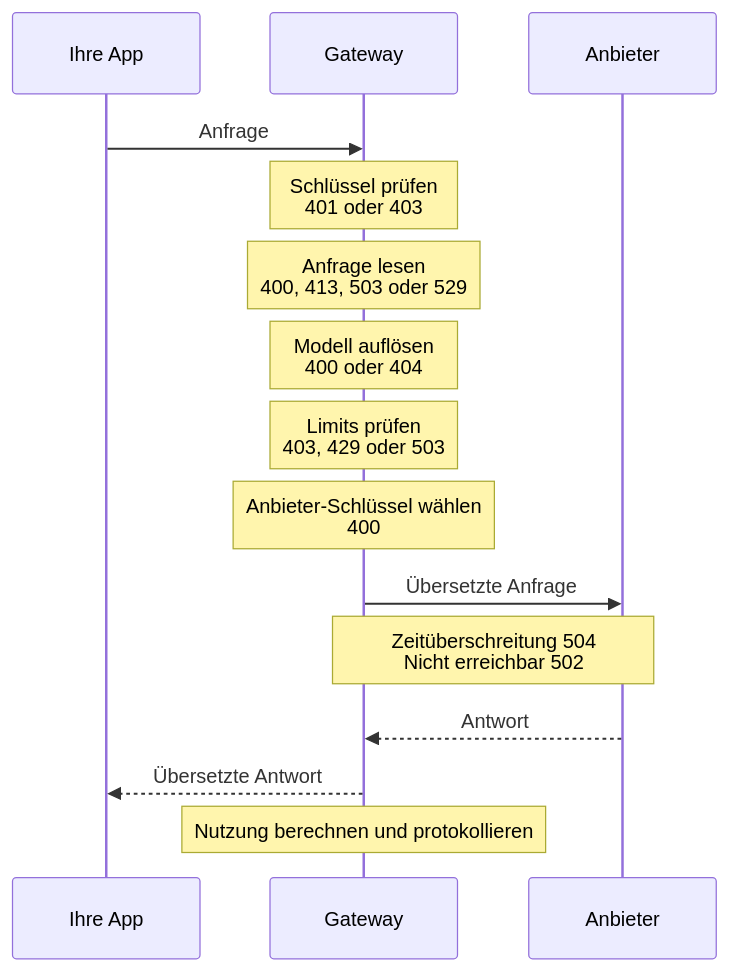
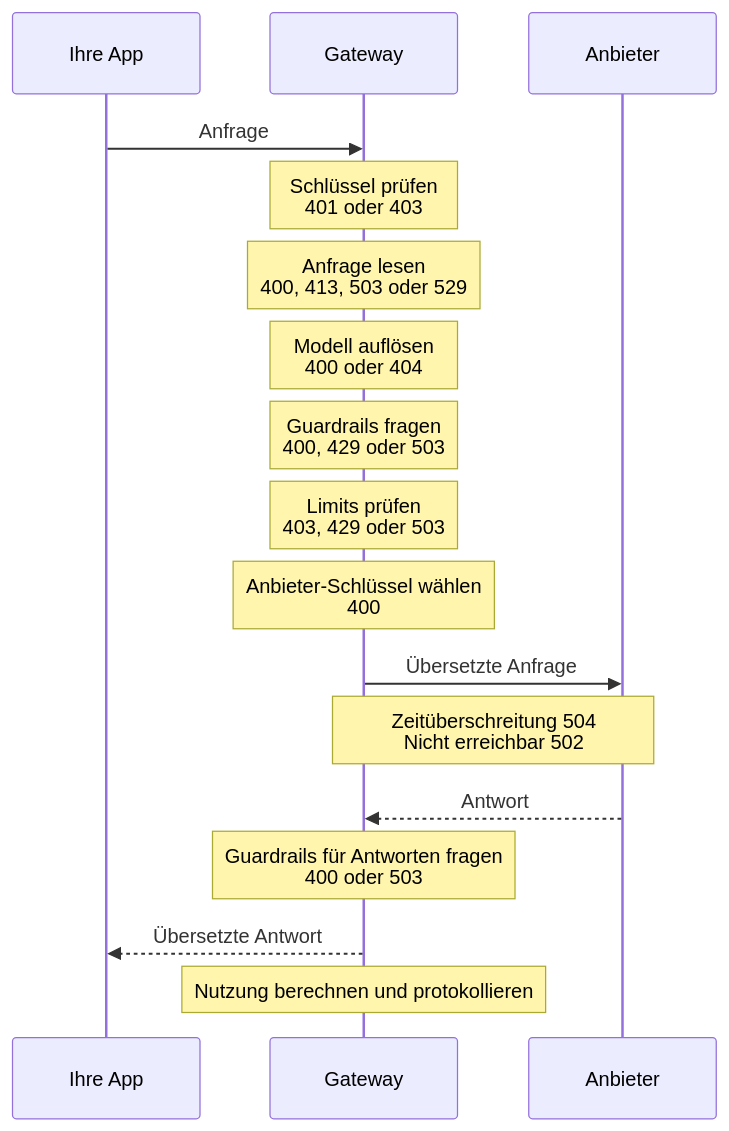
One commit to logicplanes/kaeso changed the diagram in apps/docs/content/de/concepts/request-flow.md. Above: the diagram before and after it, drawn with Mermaid. The commit also changed other lines of this file and 148 other files, not shown here.

````diff
--- a/apps/docs/content/de/concepts/request-flow.md
+++ b/apps/docs/content/de/concepts/request-flow.md
@@ -9,19 +9,21 @@
 ```mermaid
 sequenceDiagram
   accTitle: Ablauf einer Anfrage
-  accDescr: Die App sendet eine Anfrage an das Gateway. Das Gateway prüft den Schlüssel, liest die Anfrage, löst das Modell auf, prüft die Limits und wählt den Anbieter-Schlüssel; jede Prüfung kann die Anfrage mit den gezeigten Status ablehnen. Es sendet die übersetzte Anfrage an den Anbieter, gibt die übersetzte Antwort an die App zurück und berechnet dann die Nutzung und protokolliert die Anfrage.
+  accDescr: Die App sendet eine Anfrage an das Gateway. Das Gateway prüft den Schlüssel, liest die Anfrage, löst das Modell auf, fragt die Guardrails des Projekts, prüft die Limits und wählt den Anbieter-Schlüssel; jede Prüfung kann die Anfrage mit den gezeigten Status ablehnen. Es sendet die übersetzte Anfrage an den Anbieter, fragt die Guardrails, die Antworten prüfen, gibt die übersetzte Antwort an die App zurück und berechnet dann die Nutzung und protokolliert die Anfrage.
   participant App as Ihre App
   participant Gateway
   participant Provider as Anbieter
   App->>Gateway: Anfrage
   Note over Gateway: Schlüssel prüfen<br>401 oder 403
   Note over Gateway: Anfrage lesen<br>400, 413, 503 oder 529
   Note over Gateway: Modell auflösen<br>400 oder 404
+  Note over Gateway: Guardrails fragen<br>400, 429 oder 503
   Note over Gateway: Limits prüfen<br>403, 429 oder 503
   Note over Gateway: Anbieter-Schlüssel wählen<br>400
   Gateway->>Provider: Übersetzte Anfrage
   Note over Gateway,Provider: Zeitüberschreitung 504<br>Nicht erreichbar 502
   Provider-->>Gateway: Antwort
+  Note over Gateway: Guardrails für Antworten fragen<br>400 oder 503
   Gateway-->>App: Übersetzte Antwort
   Note over Gateway: Nutzung berechnen und protokollieren
 ```
````
